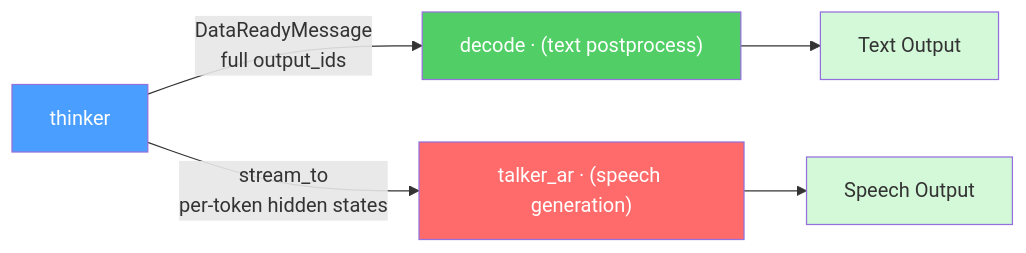
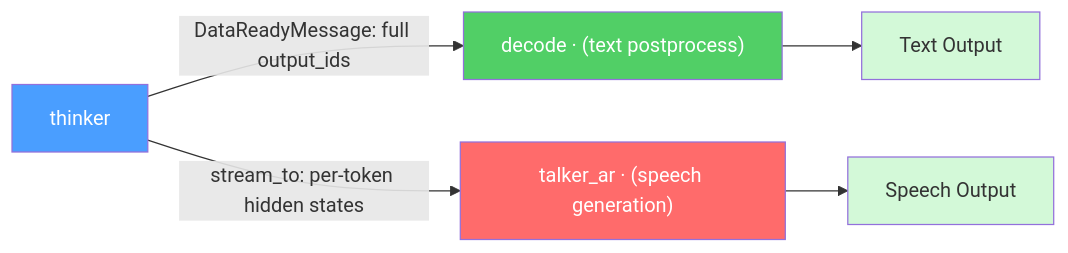
Before and after one commit to zhaochenyang20/Awesome-ML-SYS-Tutorial: diagram 16 of 22 in sglang/sglang-omni/README.md, drawn with Mermaid. The commit also changed other lines of this file, not shown here.

````diff
--- a/sglang/sglang-omni/README.md
+++ b/sglang/sglang-omni/README.md
@@ -754,16 +754,16 @@
 ```mermaid
 graph LR
     Th["thinker"]
 
-    Th --> |"DataReadyMessage<br/>full output_ids"| Dec["decode · (text postprocess)"]
-    Th --> |"stream_to<br/>per-token hidden states"| Tk["talker_ar · (speech generation)"]
+    Th --> |"DataReadyMessage: full output_ids"| Dec["decode · (text postprocess)"]
+    Th --> |"stream_to: per-token hidden states"| Tk["talker_ar · (speech generation)"]
 
     Dec --> TextOut["Text Output"]
     Tk --> SpeechOut["Speech Output"]
 
     style Th fill:#4a9eff,color:#fff
     style Dec fill:#51cf66,color:#fff
     style Tk fill:#ff6b6b,color:#fff
     style TextOut fill:#d3f9d8,color:#333
     style SpeechOut fill:#d3f9d8,color:#333
 ```
````
